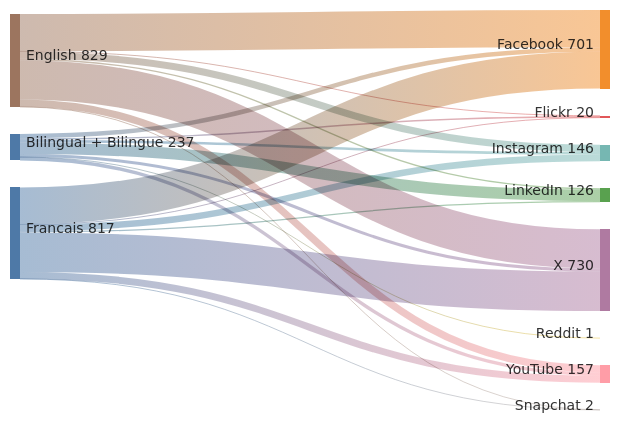
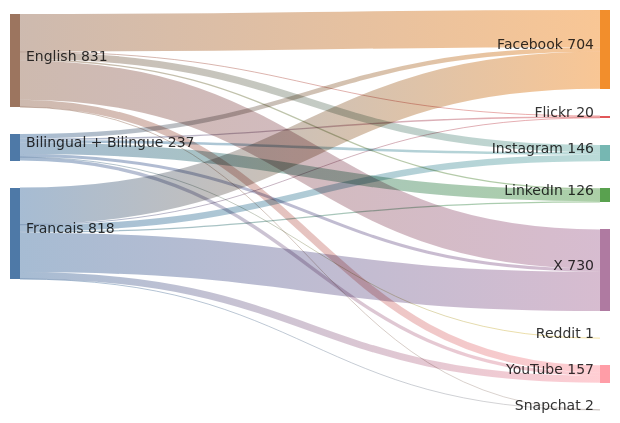
Before and after one commit to PatLittle/GC-Socials: the diagram in sankey_diagram.md, drawn with Mermaid.

Commit message:
Update Sankey diagram for the most recent day

````diff
--- a/sankey_diagram.md
+++ b/sankey_diagram.md
@@ -1,24 +1,24 @@
 ```mermaid
 sankey-beta
   Bilingual + Bilingue,Facebook,40
   Bilingual + Bilingue,Flickr,13
   Bilingual + Bilingue,Instagram,23
   Bilingual + Bilingue,LinkedIn,103
   Bilingual + Bilingue,Reddit,1
   Bilingual + Bilingue,X,27
   Bilingual + Bilingue,YouTube,30
-  English,Facebook,332
+  English,Facebook,334
   English,Flickr,4
   English,Instagram,64
   English,LinkedIn,12
   English,Snapchat,1
   English,X,351
   English,YouTube,65
-  Francais,Facebook,329
+  Francais,Facebook,330
   Francais,Flickr,3
   Francais,Instagram,59
   Francais,LinkedIn,11
   Francais,Snapchat,1
   Francais,X,352
   Francais,YouTube,62
 ```
````
